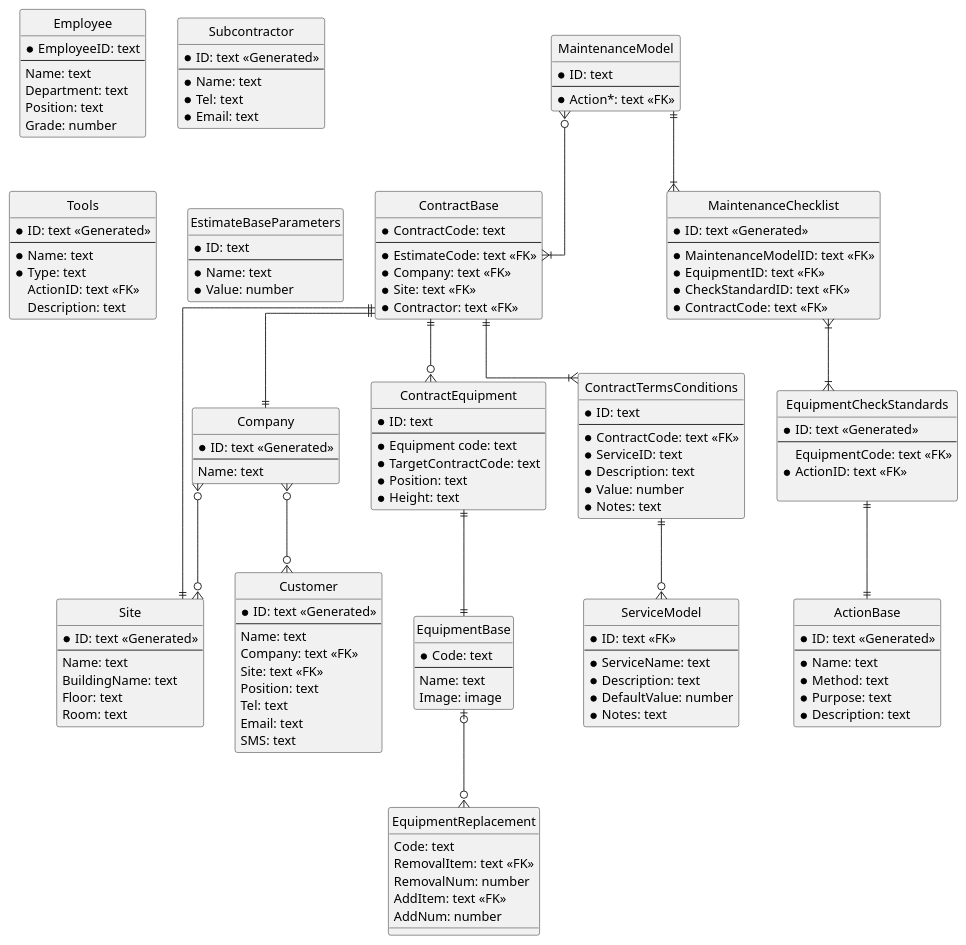
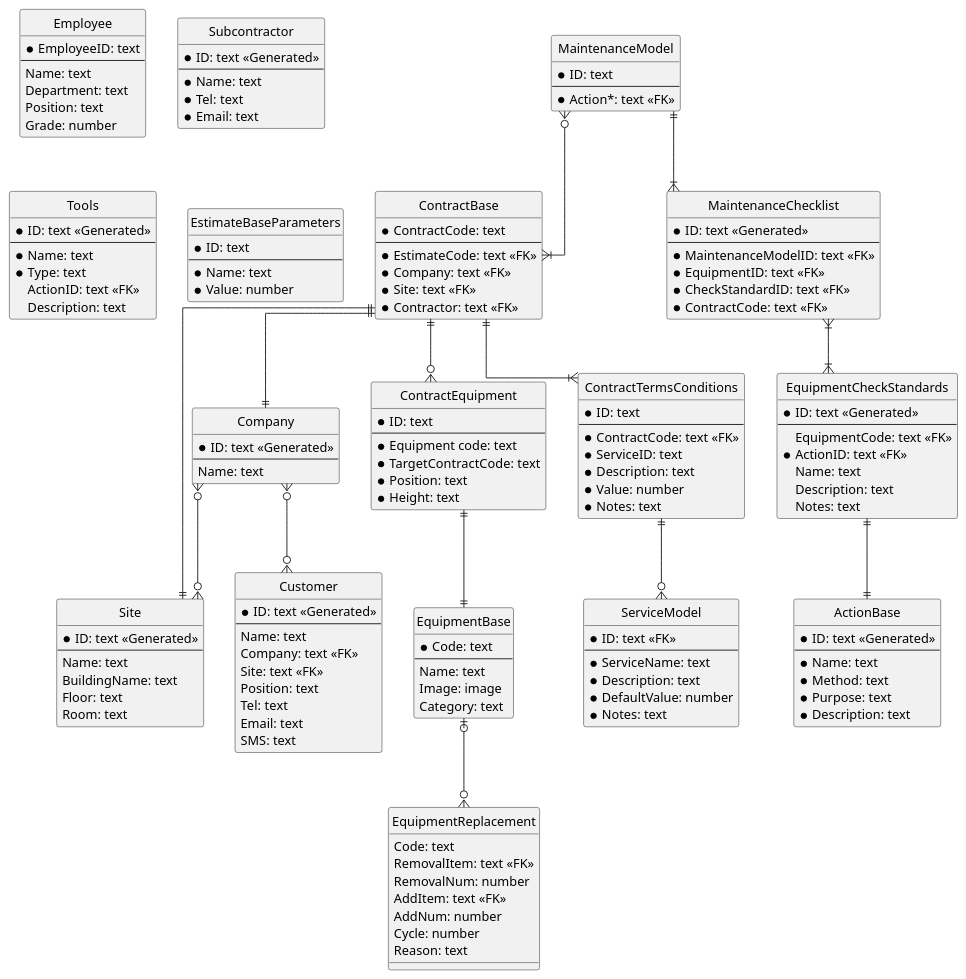
Before and after one commit to himiz6912/mms: the diagram in er_diagram.pu, drawn with PlantUML.

Commit message:
update entities

```diff
--- a/er_diagram.pu
+++ b/er_diagram.pu
@@ -1,159 +1,156 @@
 @startuml MaintenanceManagementSystem
 hide circle
 skinparam linetype ortho
 
 entity Company {
     * ID: text <<Generated>>
     --
     Name: text
 }
 entity Site {
     * ID: text <<Generated>>
     --
     Name: text
     BuildingName: text
     Floor: text
     Room: text
 }
 entity Customer {
     * ID: text <<Generated>>
     --
     Name: text
     Company: text <<FK>>
     Site: text <<FK>>
     Position: text
     Tel: text
     Email: text
     SMS: text
 }
 entity Employee {
     * EmployeeID: text
     --
     Name: text
     Department: text
     Position: text
     Grade: number
 }
-
 entity Subcontractor {
     * ID: text <<Generated>>
     --
     * Name: text
     * Tel: text
     * Email: text
 }
-
 entity ContractBase {
     * ContractCode: text
     --
     * EstimateCode: text <<FK>>
     * Company: text <<FK>>
     * Site: text <<FK>>
     * Contractor: text <<FK>>
 }
-
 entity ContractEquipment {
     * ID: text
     --
     * Equipment code: text
     * TargetContractCode: text
     * Position: text
     * Height: text
 }
-
 ' This description will be put on estimate.
 entity ContractTermsConditions {
     * ID: text
     --
     * ContractCode: text <<FK>>
     * ServiceID: text
     * Description: text
     * Value: number
     * Notes: text
 }
-
 ' This item will be reflected to ServiceID of TermsConditions
 ' Select services for each contract other than a periodic maintenance
 entity ServiceModel {
     * ID: text <<FK>>
     --
     * ServiceName: text
     * Description: text
     * DefaultValue: number
     * Notes: text
 }
-
 ' ID=1 is default pattern of maintenance
 entity MaintenanceModel {
     * ID: text
     --
     'Each purpose of ActionBase
     * Action*: text <<FK>>
 }
 entity MaintenanceChecklist {
     * ID: text <<Generated>>
     --
     * MaintenanceModelID: text <<FK>>
     * EquipmentID: text <<FK>>
     * CheckStandardID: text <<FK>>
     * ContractCode: text <<FK>>
 }
-
 entity EquipmentBase {
     * Code: text
     --
     Name: text
     Image: image
+    Category: text
 }
 entity EquipmentReplacement {
     Code: text
     RemovalItem: text <<FK>>
     RemovalNum: number
     AddItem: text <<FK>>
     AddNum: number
+    Cycle: number
+    Reason: text
 }
 entity EquipmentCheckStandards {
     * ID: text <<Generated>>
     --
     EquipmentCode: text <<FK>>
     * ActionID: text <<FK>>
-
+    Name: text
+    Description: text
+    Notes: text
 }
 entity ActionBase {
     * ID: text <<Generated>>
     --
     * Name: text
     * Method: text
     * Purpose: text
     * Description: text
 }
 entity Tools {
     * ID: text <<Generated>>
     --
     * Name: text
     * Type: text
     ActionID: text <<FK>>
     Description: text
 }
-
 entity EstimateBaseParameters {
     * ID: text
     --
     * Name: text
     * Value: number
 }
 
 Company }o--o{ Customer
 Company }o--o{ Site
 ContractBase ||--o{ ContractEquipment
 ContractBase ||--|{ ContractTermsConditions
 ContractBase ||--|| Company
 ContractBase ||--|| Site
 ContractEquipment ||--|| EquipmentBase
 EquipmentBase |o--o{ EquipmentReplacement
 ContractTermsConditions ||--o{ ServiceModel
 MaintenanceModel }o--|{ ContractBase
 MaintenanceModel ||--|{ MaintenanceChecklist
 MaintenanceChecklist }|--|{ EquipmentCheckStandards
 EquipmentCheckStandards ||--|| ActionBase
 @enduml
```
